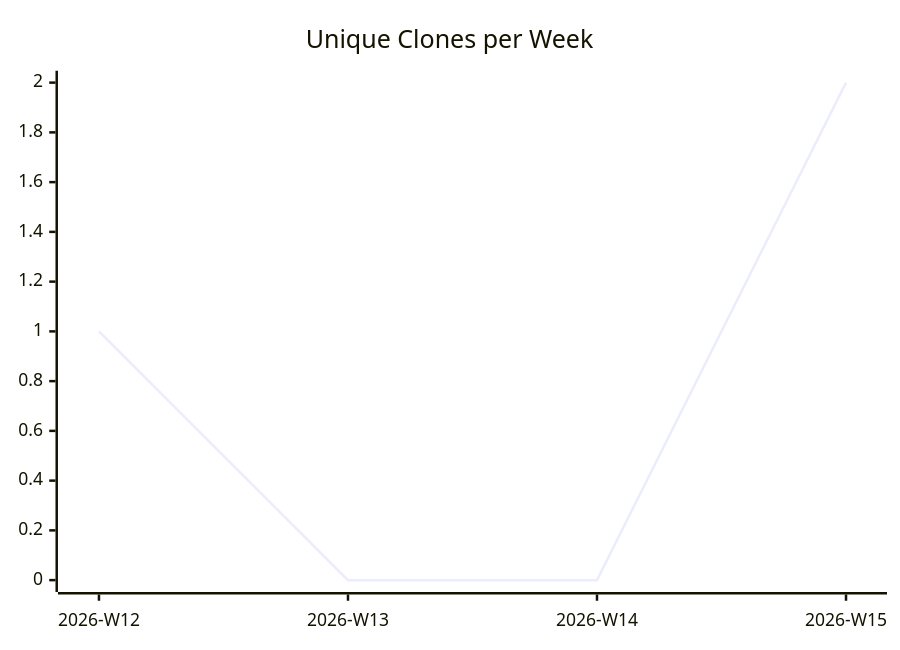
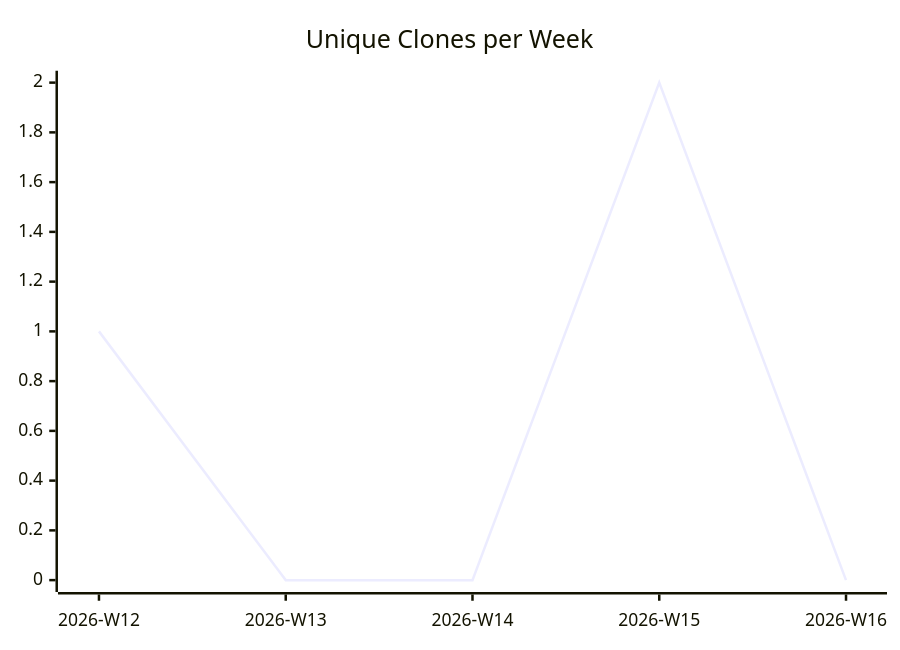
One commit to justdavis-family/github-analytics-data changed the third of 3 diagrams in karlmdavis/liquibase/README.md. Above: the diagram before and after it, drawn with Mermaid. The commit also changed other lines of this file and 173 other files, not shown here.

````diff
--- a/karlmdavis/liquibase/README.md
+++ b/karlmdavis/liquibase/README.md
@@ -19,6 +19,6 @@
 ```mermaid
 xychart-beta
   title "Unique Clones per Week"
-  x-axis ["2026-W12", "2026-W13", "2026-W14", "2026-W15"]
-  line [1, 0, 0, 2]
+  x-axis ["2026-W12", "2026-W13", "2026-W14", "2026-W15", "2026-W16"]
+  line [1, 0, 0, 2, 0]
 ```
````
